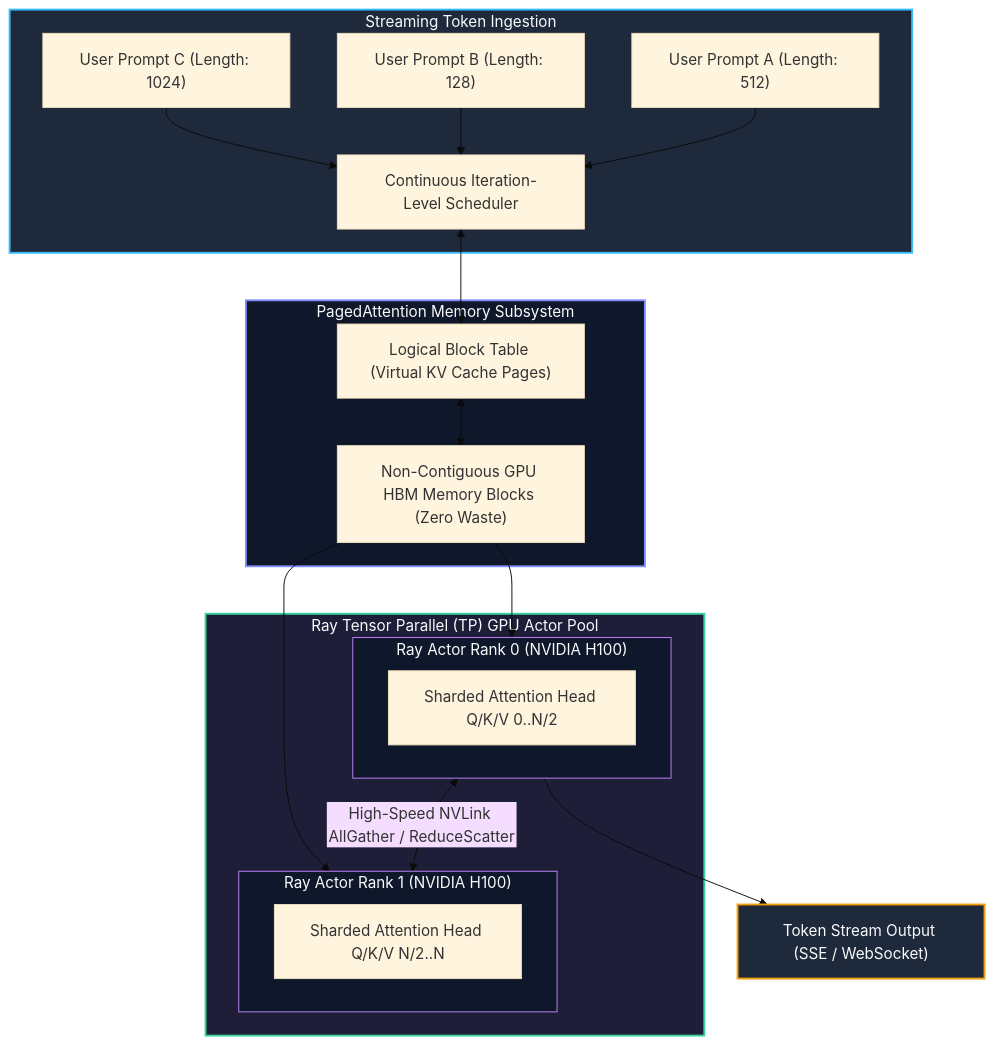
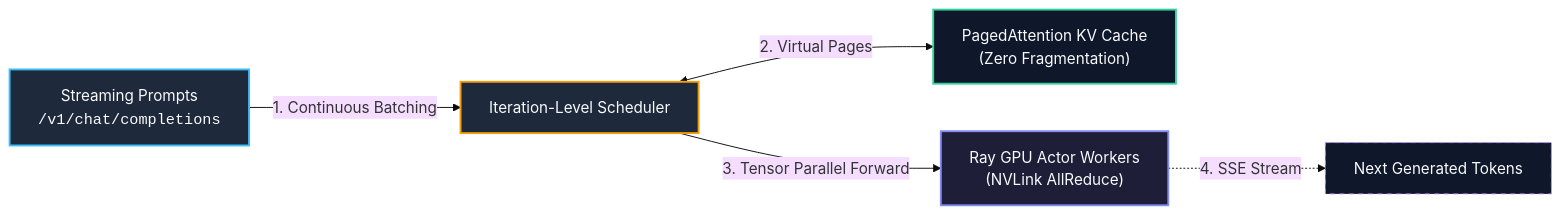
The diagram in docs/guides/15-vllm-and-llms.md (dnf0/raylings), drawn with Mermaid (base theme) before and after one commit. The commit also changed other lines of this file and 22 other files, not shown here.

Commit message:
docs: streamline mermaid diagrams and attach conceptual walkthroughs (#26)

````diff
--- a/docs/guides/15-vllm-and-llms.md
+++ b/docs/guides/15-vllm-and-llms.md
@@ -17,36 +17,13 @@
 ```mermaid
-flowchart TD
-    subgraph ClientRequests["Streaming Token Ingestion"]
-        ReqA["User Prompt A (Length: 512)"] --> Scheduler["Continuous Iteration-Level Scheduler"]
-        ReqB["User Prompt B (Length: 128)"] --> Scheduler
-        ReqC["User Prompt C (Length: 1024)"] --> Scheduler
-    end
+flowchart LR
+    Prompts["Streaming Prompts<br/><code>/v1/chat/completions</code>"] -->|"1. Continuous Batching"| Sched["Iteration-Level Scheduler"]
+    Sched <-->|"2. Virtual Pages"| Paged["PagedAttention KV Cache<br/>(Zero Fragmentation)"]
+    Sched -->|"3. Tensor Parallel Forward"| Workers["Ray GPU Actor Workers<br/>(NVLink AllReduce)"]
+    Workers -.->|"4. SSE Stream"| Tokens["Next Generated Tokens"]
 
-    subgraph MemoryManagement["PagedAttention Memory Subsystem"]
-        Scheduler <--> BlockTable["Logical Block Table (Virtual KV Cache Pages)"]
-        BlockTable <--> PhysMem["Non-Contiguous GPU HBM Memory Blocks (Zero Waste)"]
-    end
-
-    subgraph TensorParallelism["Ray Tensor Parallel (TP) GPU Actor Pool"]
-        subgraph GPU0["Ray Actor Rank 0 (NVIDIA H100)"]
-            ShardedLayer0["Sharded Attention Head Q/K/V 0..N/2"]
-        end
-
-        subgraph GPU1["Ray Actor Rank 1 (NVIDIA H100)"]
-            ShardedLayer1["Sharded Attention Head Q/K/V N/2..N"]
-        end
-
-        GPU0 <-->|"High-Speed NVLink AllGather / ReduceScatter"| GPU1
-    end
-
-    PhysMem --> GPU0
-    PhysMem --> GPU1
-    GPU0 --> StreamEngine["Token Stream Output (SSE / WebSocket)"]
-
-    style ClientRequests fill:#1e293b,stroke:#38bdf8,stroke-width:2px,color:#f8fafc
-    style MemoryManagement fill:#0f172a,stroke:#818cf8,stroke-width:2px,color:#f8fafc
-    style TensorParallelism fill:#1e1e38,stroke:#34d399,stroke-width:2px,color:#f8fafc
-    style GPU0 fill:#0f172a,stroke:#c084fc,stroke-width:1px,color:#f8fafc
-    style GPU1 fill:#0f172a,stroke:#c084fc,stroke-width:1px,color:#f8fafc
-    style StreamEngine fill:#1e293b,stroke:#f59e0b,stroke-width:2px,color:#f8fafc
+    style Prompts fill:#1e293b,stroke:#38bdf8,stroke-width:2px,color:#f8fafc
+    style Sched fill:#1e293b,stroke:#f59e0b,stroke-width:2px,color:#f8fafc
+    style Paged fill:#0f172a,stroke:#34d399,stroke-width:2px,color:#f8fafc
+    style Workers fill:#1e1e38,stroke:#818cf8,stroke-width:2px,color:#f8fafc
+    style Tokens fill:#0f172a,stroke:#c084fc,stroke-width:1px,stroke-dasharray: 5 5,color:#f8fafc
 ```
````
